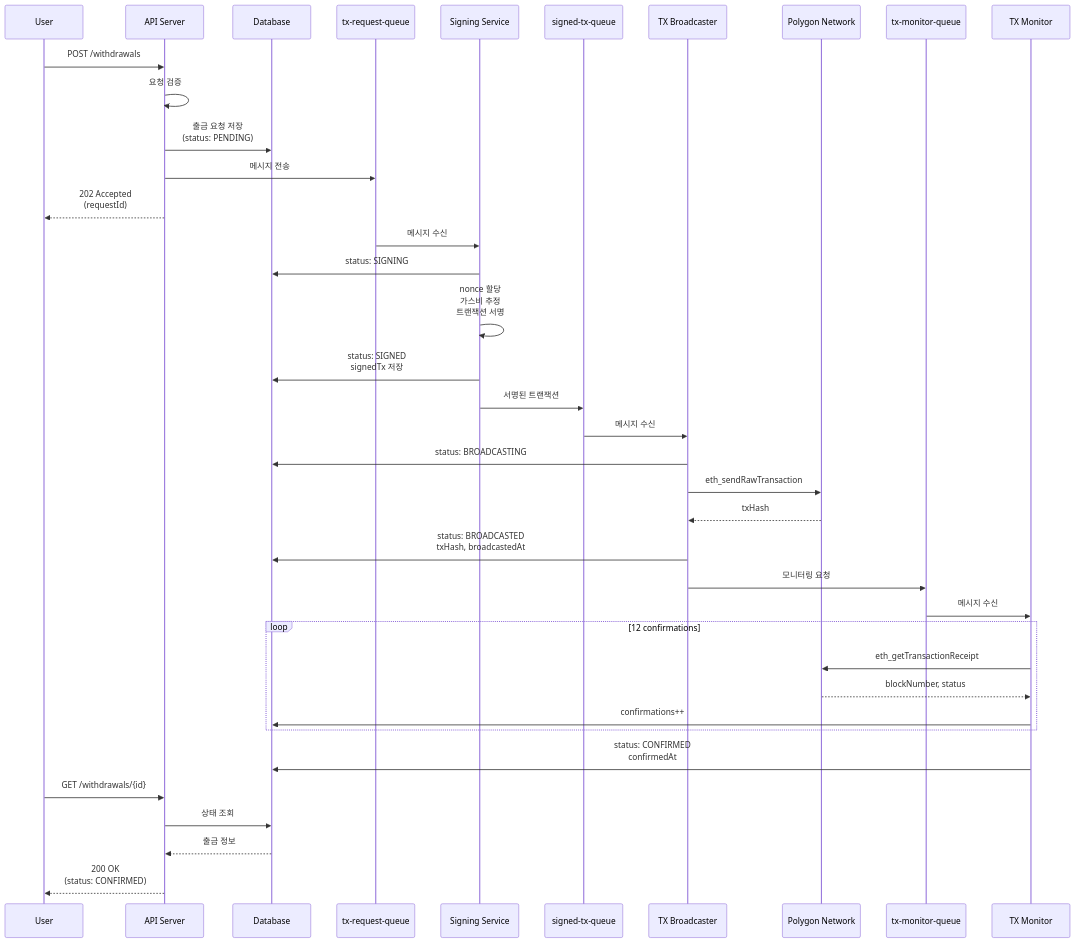
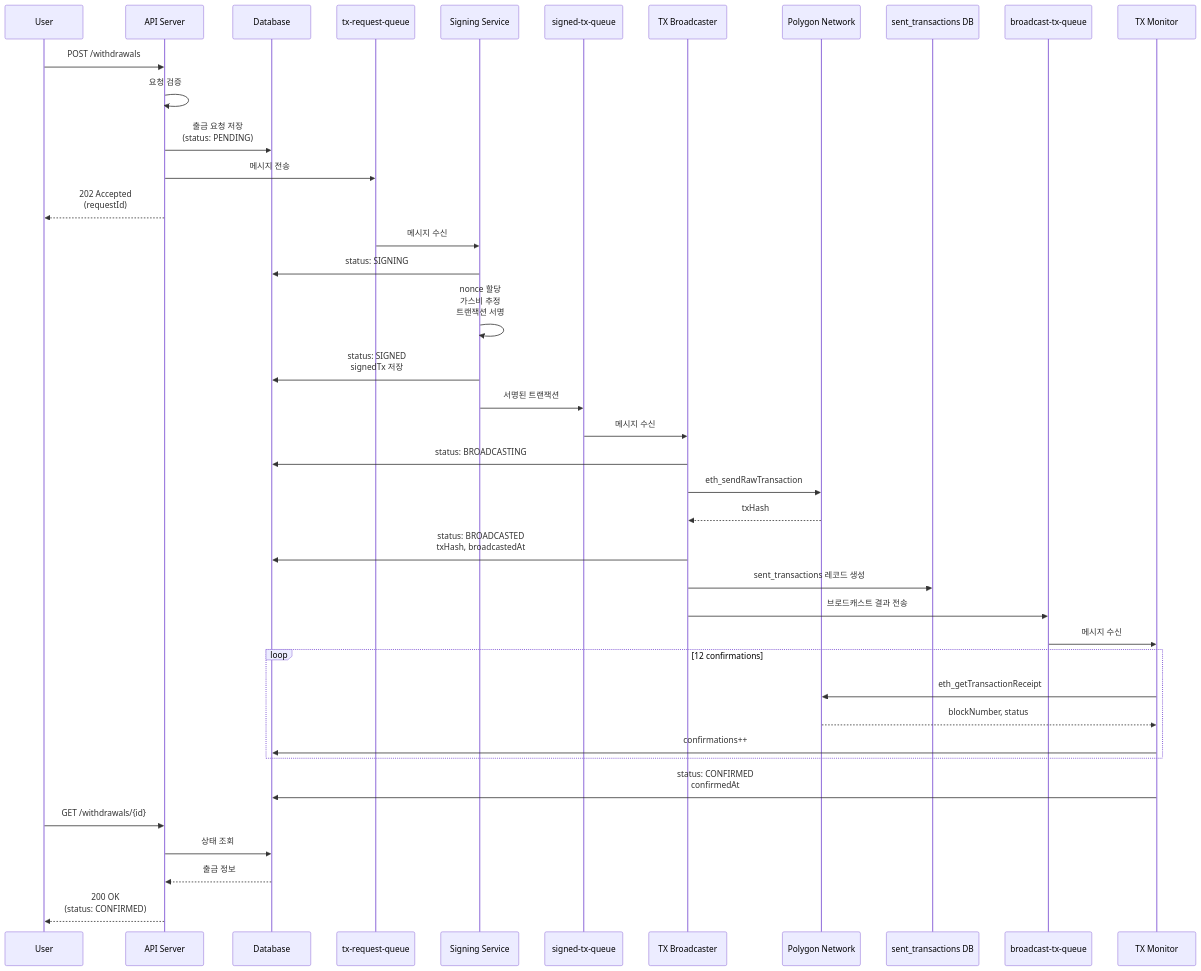
Before and after one commit to globalmsq/asset-withdrawal-monorepo: the second of 5 diagrams in docs/TRANSACTION_LIFECYCLE.md, drawn with Mermaid. The commit also changed other lines of this file and 41 other files, not shown here.

````diff
--- a/docs/TRANSACTION_LIFECYCLE.md
+++ b/docs/TRANSACTION_LIFECYCLE.md
@@ -67,45 +88,47 @@
 ```mermaid
 sequenceDiagram
     participant User
     participant API as API Server
     participant DB as Database
     participant Queue1 as tx-request-queue
     participant Signer as Signing Service
     participant Queue2 as signed-tx-queue
     participant Broadcaster as TX Broadcaster
     participant Blockchain as Polygon Network
-    participant Queue3 as tx-monitor-queue
+    participant ST as sent_transactions DB
+    participant Queue3 as broadcast-tx-queue
     participant Monitor as TX Monitor
 
     User->>API: POST /withdrawals
     API->>API: 요청 검증
     API->>DB: 출금 요청 저장<br/>(status: PENDING)
     API->>Queue1: 메시지 전송
     API-->>User: 202 Accepted<br/>(requestId)
 
     Queue1->>Signer: 메시지 수신
     Signer->>DB: status: SIGNING
     Signer->>Signer: nonce 할당<br/>가스비 추정<br/>트랜잭션 서명
     Signer->>DB: status: SIGNED<br/>signedTx 저장
     Signer->>Queue2: 서명된 트랜잭션
 
     Queue2->>Broadcaster: 메시지 수신
     Broadcaster->>DB: status: BROADCASTING
     Broadcaster->>Blockchain: eth_sendRawTransaction
     Blockchain-->>Broadcaster: txHash
     Broadcaster->>DB: status: BROADCASTED<br/>txHash, broadcastedAt
-    Broadcaster->>Queue3: 모니터링 요청
+    Broadcaster->>ST: sent_transactions 레코드 생성
+    Broadcaster->>Queue3: 브로드캐스트 결과 전송
 
     Queue3->>Monitor: 메시지 수신
     loop 12 confirmations
         Monitor->>Blockchain: eth_getTransactionReceipt
         Blockchain-->>Monitor: blockNumber, status
         Monitor->>DB: confirmations++
     end
     Monitor->>DB: status: CONFIRMED<br/>confirmedAt
 
     User->>API: GET /withdrawals/{id}
     API->>DB: 상태 조회
     DB-->>API: 출금 정보
     API-->>User: 200 OK<br/>(status: CONFIRMED)
 ```
````
